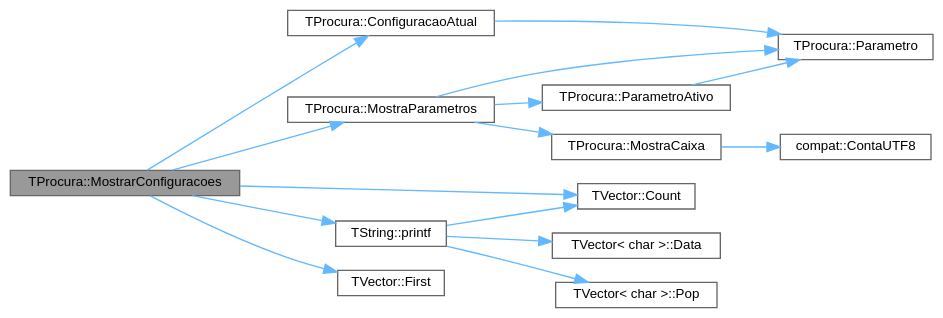
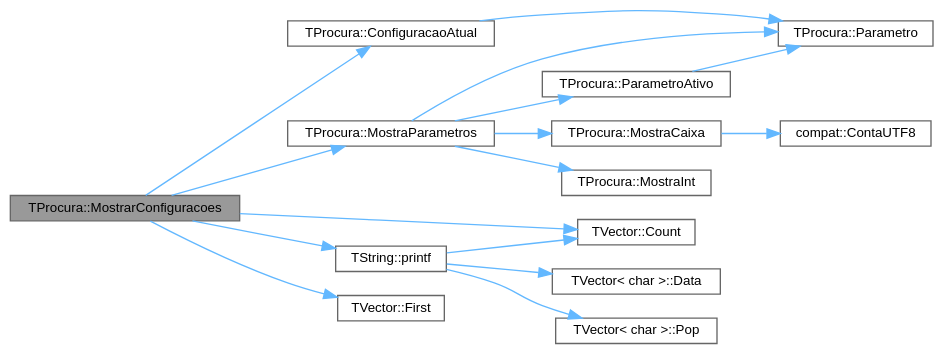
The diagram in classTProcura_a3332047124784be2fc7af575a5f7f8b5_cgraph.dot (jcoelho72/TProcura), drawn with Graphviz before and after one commit. The commit also changed 151 other files, not shown here.

```diff
--- a/classTProcura_a3332047124784be2fc7af575a5f7f8b5_cgraph.dot
+++ b/classTProcura_a3332047124784be2fc7af575a5f7f8b5_cgraph.dot
@@ -1,34 +1,36 @@
 digraph "TProcura::MostrarConfiguracoes"
 {
  // LATEX_PDF_SIZE
   bgcolor="transparent";
   edge [fontname=Helvetica,fontsize=10,labelfontname=Helvetica,labelfontsize=10];
   node [fontname=Helvetica,fontsize=10,shape=box,height=0.2,width=0.4];
   rankdir="LR";
   Node1 [id="Node000001",label="TProcura::MostrarConfiguracoes",height=0.2,width=0.4,color="gray40", fillcolor="grey60", style="filled", fontcolor="black",tooltip="Mostra as configurações disponíveis."];
   Node1 -> Node2 [id="edge1_Node000001_Node000002",color="steelblue1",style="solid",tooltip=" "];
   Node2 [id="Node000002",label="TProcura::ConfiguracaoAtual",height=0.2,width=0.4,color="grey40", fillcolor="white", style="filled",URL="$classTProcura.html#ac1d9f06b12765a02290050af15463186",tooltip="Grava ou lê a configuração atual."];
   Node2 -> Node3 [id="edge2_Node000002_Node000003",color="steelblue1",style="solid",tooltip=" "];
   Node3 [id="Node000003",label="TProcura::Parametro",height=0.2,width=0.4,color="grey40", fillcolor="white", style="filled",URL="$classTProcura.html#a0e9e692f29af8a5d5279a8647c800437",tooltip=" "];
   Node1 -> Node4 [id="edge3_Node000001_Node000004",color="steelblue1",style="solid",tooltip=" "];
   Node4 [id="Node000004",label="TVector::Count",height=0.2,width=0.4,color="grey40", fillcolor="white", style="filled",URL="$classTVector.html#ac3c744d84543ca6e32859eb7dfccfeef",tooltip=" "];
   Node1 -> Node5 [id="edge4_Node000001_Node000005",color="steelblue1",style="solid",tooltip=" "];
   Node5 [id="Node000005",label="TVector::First",height=0.2,width=0.4,color="grey40", fillcolor="white", style="filled",URL="$classTVector.html#a05f29646493d42f3c77081b6031d70e5",tooltip=" "];
   Node1 -> Node6 [id="edge5_Node000001_Node000006",color="steelblue1",style="solid",tooltip=" "];
   Node6 [id="Node000006",label="TProcura::MostraParametros",height=0.2,width=0.4,color="grey40", fillcolor="white", style="filled",URL="$classTProcura.html#a366679225ae040ff96bdbf0465dcd66e",tooltip="Mostra os parâmetros atuais."];
   Node6 -> Node7 [id="edge6_Node000006_Node000007",color="steelblue1",style="solid",tooltip=" "];
   Node7 [id="Node000007",label="TProcura::MostraCaixa",height=0.2,width=0.4,color="grey40", fillcolor="white", style="filled",URL="$classTProcura.html#a07ef3e2896824e87650013dfefb3d665",tooltip=" "];
   Node7 -> Node8 [id="edge7_Node000007_Node000008",color="steelblue1",style="solid",tooltip=" "];
   Node8 [id="Node000008",label="compat::ContaUTF8",height=0.2,width=0.4,color="grey40", fillcolor="white", style="filled",URL="$namespacecompat.html#a2cc00022a29bc0fc08165228956a10f5",tooltip=" "];
-  Node6 -> Node3 [id="edge8_Node000006_Node000003",color="steelblue1",style="solid",tooltip=" "];
-  Node6 -> Node9 [id="edge9_Node000006_Node000009",color="steelblue1",style="solid",tooltip=" "];
-  Node9 [id="Node000009",label="TProcura::ParametroAtivo",height=0.2,width=0.4,color="grey40", fillcolor="white", style="filled",URL="$classTProcura.html#a816897a3f52c463e9ba30df3fd41dd6e",tooltip=" "];
-  Node9 -> Node3 [id="edge10_Node000009_Node000003",color="steelblue1",style="solid",tooltip=" "];
-  Node1 -> Node10 [id="edge11_Node000001_Node000010",color="steelblue1",style="solid",tooltip=" "];
-  Node10 [id="Node000010",label="TString::printf",height=0.2,width=0.4,color="grey40", fillcolor="white", style="filled",URL="$classTString.html#a4b9a718839325a0e057bc6e2483d3f17",tooltip=" "];
-  Node10 -> Node4 [id="edge12_Node000010_Node000004",color="steelblue1",style="solid",tooltip=" "];
-  Node10 -> Node11 [id="edge13_Node000010_Node000011",color="steelblue1",style="solid",tooltip=" "];
-  Node11 [id="Node000011",label="TVector\< char \>::Data",height=0.2,width=0.4,color="grey40", fillcolor="white", style="filled",URL="$classTVector.html#addd572d70b587092fddc21a8b0f53120",tooltip="Acesso direto."];
-  Node10 -> Node12 [id="edge14_Node000010_Node000012",color="steelblue1",style="solid",tooltip=" "];
-  Node12 [id="Node000012",label="TVector\< char \>::Pop",height=0.2,width=0.4,color="grey40", fillcolor="white", style="filled",URL="$classTVector.html#a3249913626d54e46b07e168ce1f05d87",tooltip=" "];
+  Node6 -> Node9 [id="edge8_Node000006_Node000009",color="steelblue1",style="solid",tooltip=" "];
+  Node9 [id="Node000009",label="TProcura::MostraInt",height=0.2,width=0.4,color="grey40", fillcolor="white", style="filled",URL="$classTProcura.html#a671ecaefea9e2bf641075f9a718483bd",tooltip="Mostra inteiro grande num formato humano."];
+  Node6 -> Node3 [id="edge9_Node000006_Node000003",color="steelblue1",style="solid",tooltip=" "];
+  Node6 -> Node10 [id="edge10_Node000006_Node000010",color="steelblue1",style="solid",tooltip=" "];
+  Node10 [id="Node000010",label="TProcura::ParametroAtivo",height=0.2,width=0.4,color="grey40", fillcolor="white", style="filled",URL="$classTProcura.html#a816897a3f52c463e9ba30df3fd41dd6e",tooltip=" "];
+  Node10 -> Node3 [id="edge11_Node000010_Node000003",color="steelblue1",style="solid",tooltip=" "];
+  Node1 -> Node11 [id="edge12_Node000001_Node000011",color="steelblue1",style="solid",tooltip=" "];
+  Node11 [id="Node000011",label="TString::printf",height=0.2,width=0.4,color="grey40", fillcolor="white", style="filled",URL="$classTString.html#a4b9a718839325a0e057bc6e2483d3f17",tooltip=" "];
+  Node11 -> Node4 [id="edge13_Node000011_Node000004",color="steelblue1",style="solid",tooltip=" "];
+  Node11 -> Node12 [id="edge14_Node000011_Node000012",color="steelblue1",style="solid",tooltip=" "];
+  Node12 [id="Node000012",label="TVector\< char \>::Data",height=0.2,width=0.4,color="grey40", fillcolor="white", style="filled",URL="$classTVector.html#addd572d70b587092fddc21a8b0f53120",tooltip="Acesso direto."];
+  Node11 -> Node13 [id="edge15_Node000011_Node000013",color="steelblue1",style="solid",tooltip=" "];
+  Node13 [id="Node000013",label="TVector\< char \>::Pop",height=0.2,width=0.4,color="grey40", fillcolor="white", style="filled",URL="$classTVector.html#a3249913626d54e46b07e168ce1f05d87",tooltip=" "];
 }
```
